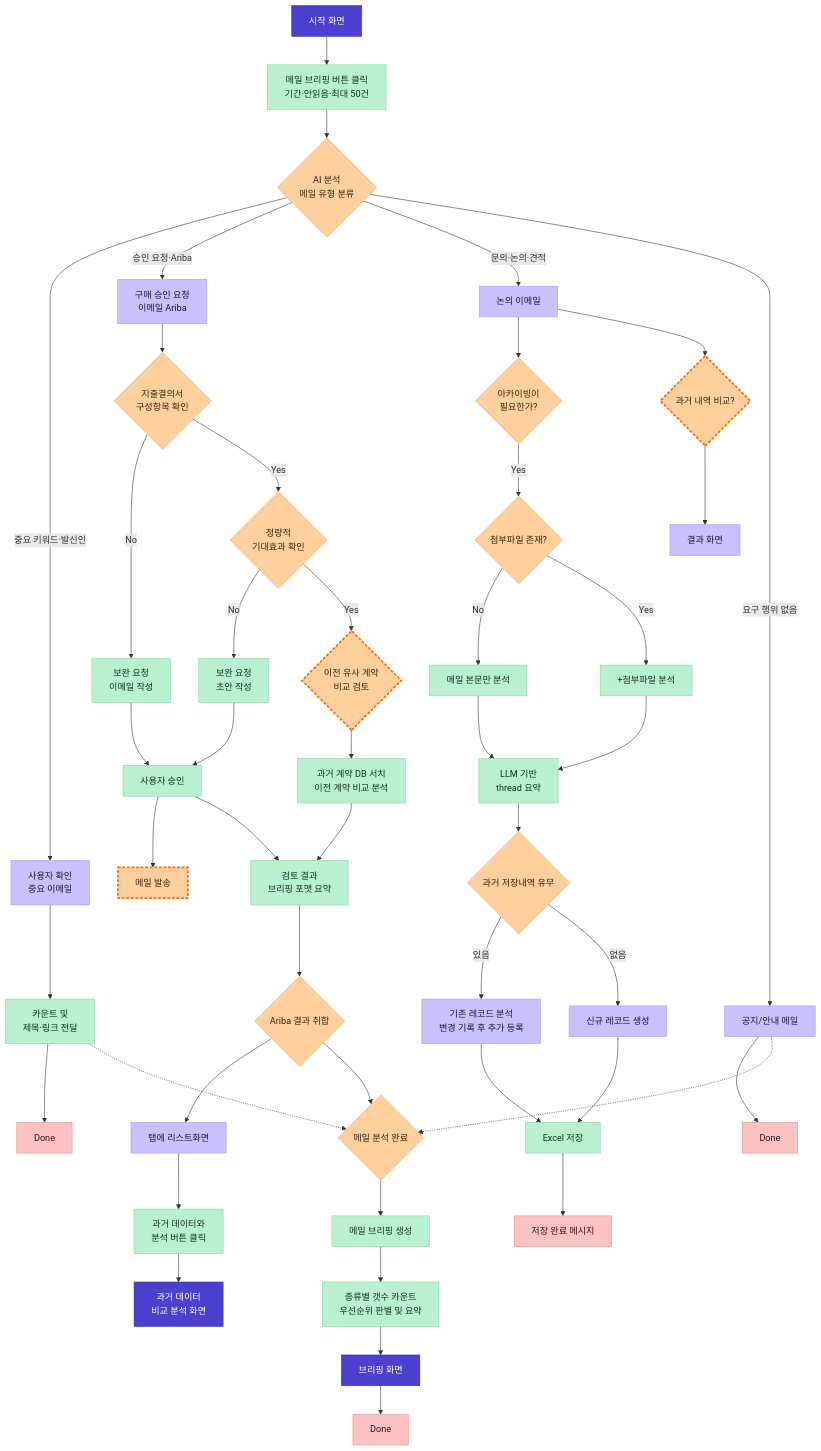
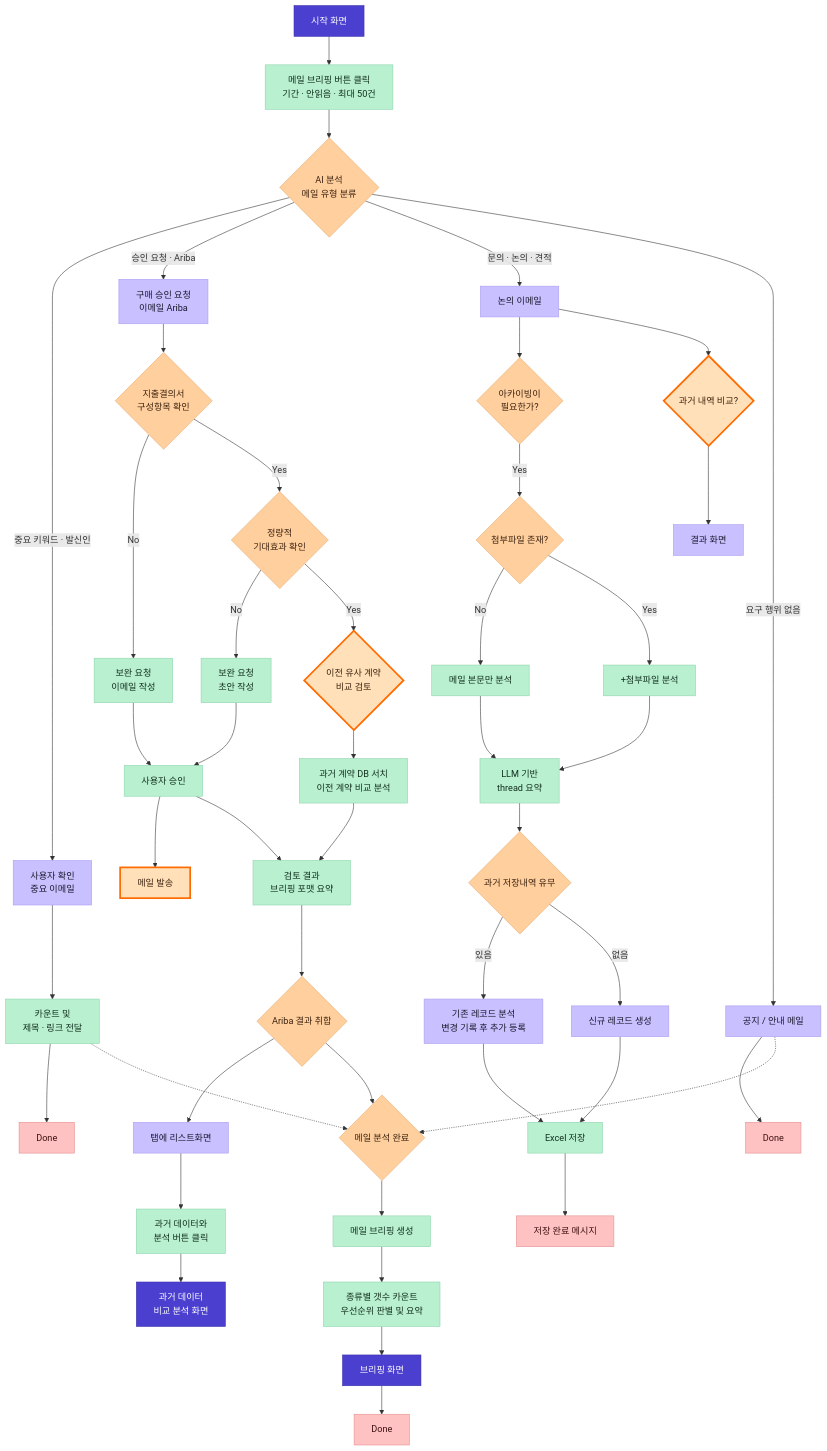
Before and after one commit to JaeyoulKo/s-office-blue: the diagram in docs/user-flow/README.md, drawn with Mermaid. The commit also changed 4 other files, not shown here.

````diff
--- a/docs/user-flow/README.md
+++ b/docs/user-flow/README.md
@@ -17,55 +17,67 @@
 ```mermaid
 flowchart TD
-    HOME[시작 화면]:::screen --> CLICK[메일 브리핑 버튼 클릭<br/>기간·안읽음·최대 50건]:::action
-    CLICK --> CLASSIFY{AI 분석<br/>메일 유형 분류}:::decision
+    HOME[시작 화면] --> CLICK[메일 브리핑 버튼 클릭<br/>기간 · 안읽음 · 최대 50건]
+    CLICK --> CLASSIFY{AI 분석<br/>메일 유형 분류}
 
-    CLASSIFY -->|중요 키워드·발신인| IMP[사용자 확인<br/>중요 이메일]:::state
-    CLASSIFY -->|승인 요청·Ariba| ARIBA[구매 승인 요청<br/>이메일 Ariba]:::state
-    CLASSIFY -->|문의·논의·견적| DISC[논의 이메일]:::state
-    CLASSIFY -->|요구 행위 없음| NOTI[공지/안내 메일]:::state
+    CLASSIFY -->|중요 키워드 · 발신인| IMP[사용자 확인<br/>중요 이메일]
+    CLASSIFY -->|승인 요청 · Ariba| ARIBA[구매 승인 요청<br/>이메일 Ariba]
+    CLASSIFY -->|문의 · 논의 · 견적| DISC[논의 이메일]
+    CLASSIFY -->|요구 행위 없음| NOTI[공지 / 안내 메일]
 
-    IMP --> IDELIV[카운트 및<br/>제목·링크 전달]:::action --> IEND[Done]:::terminal
-    NOTI --> NEND[Done]:::terminal
+    IMP --> IDELIV[카운트 및<br/>제목 · 링크 전달]
+    IDELIV --> IEND[Done]
+    NOTI --> NEND[Done]
 
-    ARIBA --> G1{지출결의서<br/>구성항목 확인}:::decision
-    G1 -->|No| D1[보완 요청<br/>이메일 작성]:::action
-    G1 -->|Yes| G2{정량적<br/>기대효과 확인}:::decision
-    G2 -->|No| D2[보완 요청<br/>초안 작성]:::action
-    G2 -->|Yes| G3{이전 유사 계약<br/>비교 검토}:::open
-    D1 --> APPR[사용자 승인]:::action
+    ARIBA --> G1{지출결의서<br/>구성항목 확인}
+    G1 -->|No| D1[보완 요청<br/>이메일 작성]
+    G1 -->|Yes| G2{정량적<br/>기대효과 확인}
+    G2 -->|No| D2[보완 요청<br/>초안 작성]
+    G2 -->|Yes| G3{이전 유사 계약<br/>비교 검토}
+    D1 --> APPR[사용자 승인]
     D2 --> APPR
-    APPR --> SENT[메일 발송]:::open
-    G3 --> DB[과거 계약 DB 서치<br/>이전 계약 비교 분석]:::action
-    DB --> ABRIEF[검토 결과<br/>브리핑 포맷 요약]:::action
+    APPR --> SENT[메일 발송]
+    G3 --> DB[과거 계약 DB 서치<br/>이전 계약 비교 분석]
+    DB --> ABRIEF[검토 결과<br/>브리핑 포맷 요약]
     APPR --> ABRIEF
-    ABRIEF --> AGG{Ariba 결과 취합}:::decision
-    AGG --> LIST[탭에 리스트화면]:::state --> HBTN[과거 데이터와<br/>분석 버튼 클릭]:::action --> HSCR[과거 데이터<br/>비교 분석 화면]:::screen
+    ABRIEF --> AGG{Ariba 결과 취합}
+    AGG --> LIST[탭에 리스트화면]
+    LIST --> HBTN[과거 데이터와<br/>분석 버튼 클릭]
+    HBTN --> HSCR[과거 데이터<br/>비교 분석 화면]
 
-    DISC --> ARCH{아카이빙이<br/>필요한가?}:::decision
-    ARCH -->|Yes| ATT{첨부파일 존재?}:::decision
-    ATT -->|No| BODY[메일 본문만 분석]:::action
-    ATT -->|Yes| WATT["+첨부파일 분석"]:::action
-    BODY --> TSUM[LLM 기반<br/>thread 요약]:::action
+    DISC --> ARCH{아카이빙이<br/>필요한가?}
+    ARCH -->|Yes| ATT{첨부파일 존재?}
+    ATT -->|No| BODY[메일 본문만 분석]
+    ATT -->|Yes| WATT["+첨부파일 분석"]
+    BODY --> TSUM[LLM 기반<br/>thread 요약]
     WATT --> TSUM
-    TSUM --> PREC{과거 저장내역 유무}:::decision
-    PREC -->|있음| REXIST[기존 레코드 분석<br/>변경 기록 후 추가 등록]:::state
-    PREC -->|없음| RNEW[신규 레코드 생성]:::state
-    REXIST --> XLS[Excel 저장]:::action
+    TSUM --> PREC{과거 저장내역 유무}
+    PREC -->|있음| REXIST[기존 레코드 분석<br/>변경 기록 후 추가 등록]
+    PREC -->|없음| RNEW[신규 레코드 생성]
+    REXIST --> XLS[Excel 저장]
     RNEW --> XLS
-    XLS --> SEND2[저장 완료 메시지]:::terminal
-    DISC --> HCMP{과거 내역 비교?}:::open --> RES[결과 화면]:::state
+    XLS --> SAVED[저장 완료 메시지]
+    DISC --> HCMP{과거 내역 비교?}
+    HCMP --> RES[결과 화면]
 
-    AGG --> DONE{메일 분석 완료}:::decision
+    AGG --> DONE{메일 분석 완료}
     IDELIV -.-> DONE
     NOTI -.-> DONE
-    DONE --> BGEN[메일 브리핑 생성]:::action
-    BGEN --> CNT[종류별 갯수 카운트<br/>우선순위 판별 및 요약]:::action
-    CNT --> BSCR[브리핑 화면]:::screen --> BEND[Done]:::terminal
+    DONE --> BGEN[메일 브리핑 생성]
+    BGEN --> CNT[종류별 갯수 카운트<br/>우선순위 판별 및 요약]
+    CNT --> BSCR[브리핑 화면]
+    BSCR --> BEND[Done]
 
-    classDef screen fill:#4b3fcf,color:#fff,stroke:#3a30a8
+    classDef screen fill:#4b3fcf,color:#ffffff,stroke:#3a30a8
     classDef state fill:#c9c0ff,color:#1a1a2e,stroke:#a99cf0
     classDef action fill:#b9f0d0,color:#12301f,stroke:#8bd4ac
     classDef decision fill:#ffcf9e,color:#3d2410,stroke:#e5ab6d
     classDef terminal fill:#ffc2c2,color:#3d1010,stroke:#e58c8c
-    classDef open fill:#ffcf9e,color:#3d2410,stroke:#ff6b00,stroke-width:3px,stroke-dasharray:5 3
+    classDef open fill:#ffe0b8,color:#3d2410,stroke:#ff6b00,stroke-width:3px
+
+    class HOME,HSCR,BSCR screen
+    class IMP,ARIBA,DISC,NOTI,LIST,REXIST,RNEW,RES state
+    class CLICK,IDELIV,D1,D2,APPR,DB,ABRIEF,HBTN,BODY,WATT,TSUM,XLS,BGEN,CNT action
+    class CLASSIFY,G1,G2,AGG,ARCH,ATT,PREC,DONE decision
+    class IEND,NEND,SAVED,BEND terminal
+    class G3,HCMP,SENT open
 ```
````
